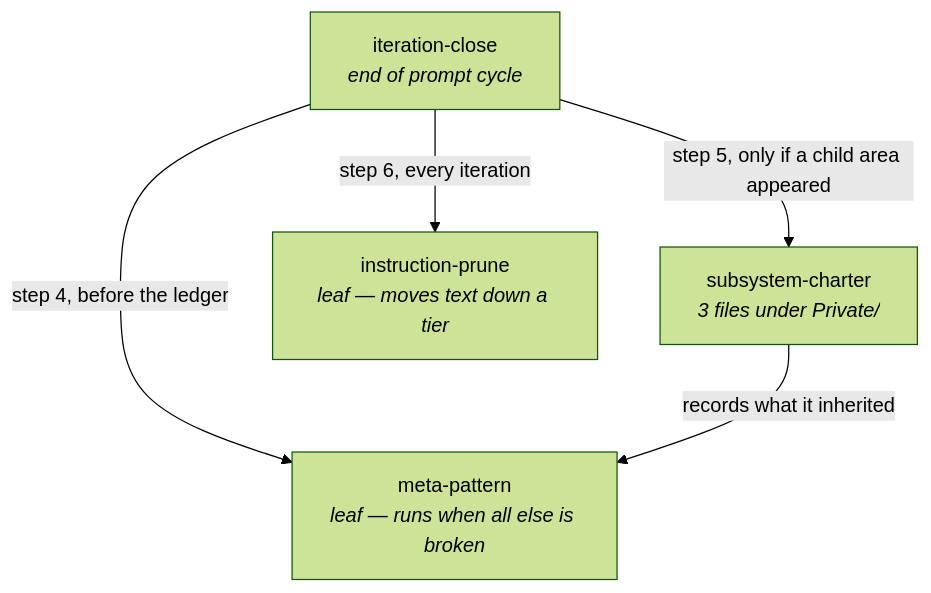
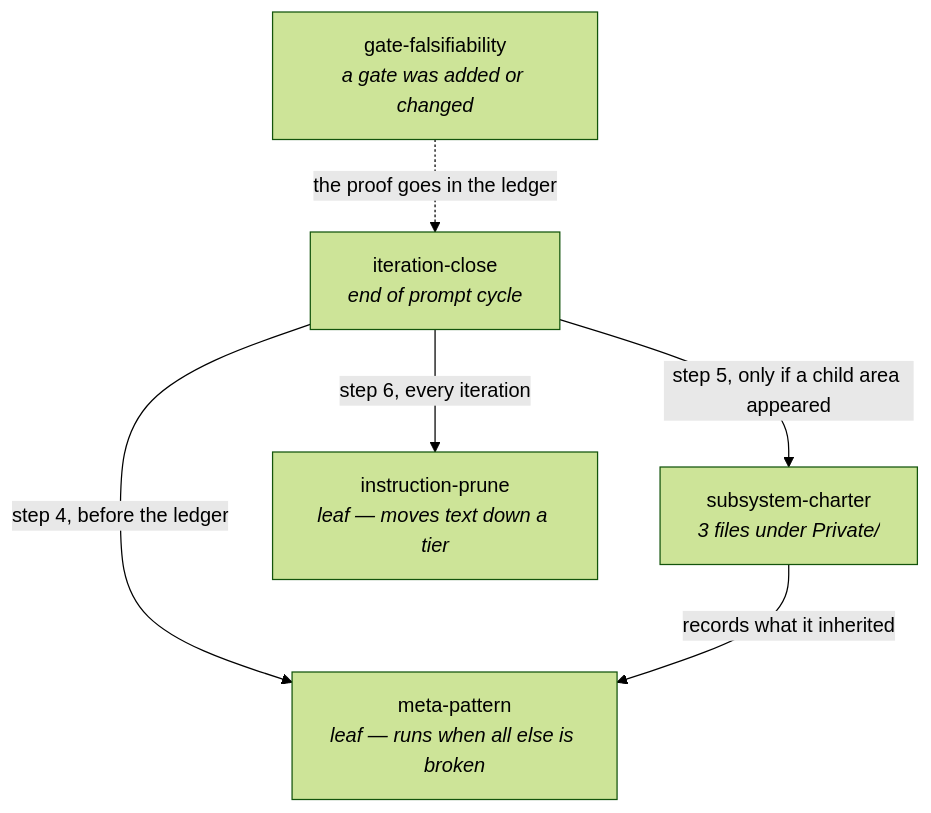
The diagram in .claude/skills/README.md (JerryBalmer1/PSGraphRender), drawn with Mermaid (forest theme) before and after one commit. The commit also changed other lines of this file and 1 other file, not shown here.

First line of the commit message:
Stop a gate proof being reconstructed from memory for a fourth time

````diff
--- a/.claude/skills/README.md
+++ b/.claude/skills/README.md
@@ -20,12 +21,14 @@
 ```mermaid
 graph TD
     IC["iteration-close<br/><i>end of prompt cycle</i>"]
     SC["subsystem-charter<br/><i>3 files under Private/</i>"]
     MP["meta-pattern<br/><i>leaf — runs when all else is broken</i>"]
     IP["instruction-prune<br/><i>leaf — moves text down a tier</i>"]
+    GF["gate-falsifiability<br/><i>a gate was added or changed</i>"]
 
     IC -->|"step 4, before the ledger"| MP
     IC -->|"step 5, only if a child area appeared"| SC
     IC -->|"step 6, every iteration"| IP
     SC -->|"records what it inherited"| MP
+    GF -.->|"the proof goes in the ledger"| IC
 ```
````
